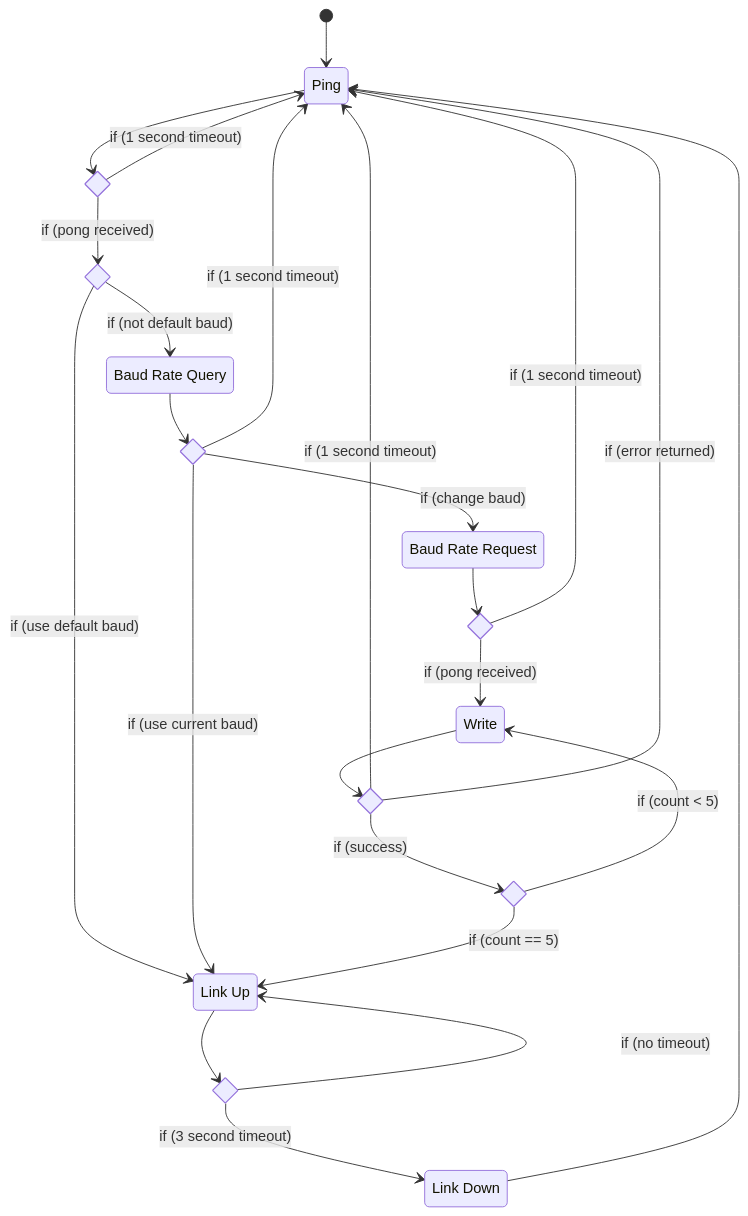
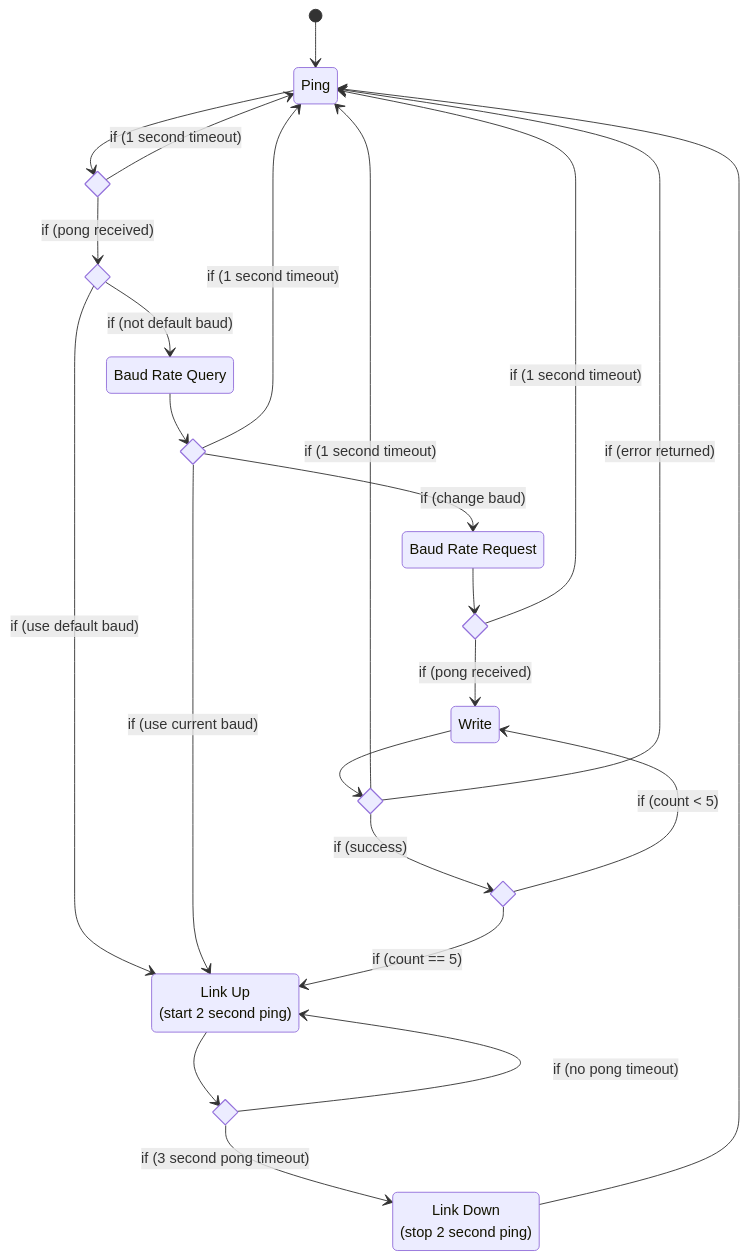
Before and after one commit to bakerstu/openmrn: the fourth of 7 diagrams in src/traction_modem/README.md, drawn with Mermaid. The commit also changed other lines of this file, not shown here.

````diff
--- a/src/traction_modem/README.md
+++ b/src/traction_modem/README.md
@@ -56,56 +56,56 @@
 ```mermaid
 stateDiagram
     direction TB
 
     Ping: Ping
     BaudRateQuery: Baud Rate Query
     PingBaudRateChange: Baud Rate Request
     Write: Write
-    LinkUp: Link Up
-    LinkDown: Link Down
+    LinkUp: Link Up<br>(start 2 second ping)
+    LinkDown: Link Down<br>(stop 2 second ping)
 
     state PongState <<choice>>
     state DefaultBaudState <<choice>>
     state BaudRateQueryResponseState <<choice>>
     state PongBaudRateChangeState <<choice>>
     state WriteResponseState <<choice>>
     state WriteResponseRepeatState <<choice>>
     state LinkTimeoutState <<choice>>
 
     [*]                        --> Ping
 
     Ping                       --> PongState
 
     PongState                  --> Ping: if (1 second timeout)
     PongState                  --> DefaultBaudState: if (pong received)
 
     DefaultBaudState           --> LinkUp: if (use default baud)
     DefaultBaudState           --> BaudRateQuery: if (not default baud)
 
     BaudRateQuery              --> BaudRateQueryResponseState
 
     BaudRateQueryResponseState --> Ping: if (1 second timeout)
     BaudRateQueryResponseState --> LinkUp: if (use current baud)
     BaudRateQueryResponseState --> PingBaudRateChange: if (change baud)
 
     PingBaudRateChange         --> PongBaudRateChangeState
 
     PongBaudRateChangeState    --> Ping: if (1 second timeout)
     PongBaudRateChangeState    --> Write: if (pong received)
 
     Write                      --> WriteResponseState
 
     WriteResponseState         --> Ping: if (1 second timeout)
     WriteResponseState         --> Ping: if (error returned)
     WriteResponseState         --> WriteResponseRepeatState: if (success)
 
     WriteResponseRepeatState   --> Write: if (count < 5)
     WriteResponseRepeatState   --> LinkUp: if (count == 5)
 
     LinkUp                     --> LinkTimeoutState
 
-    LinkTimeoutState           --> LinkDown: if (3 second timeout)
-    LinkTimeoutState           --> LinkUp: if (no timeout)
+    LinkTimeoutState           --> LinkDown: if (3 second pong timeout)
+    LinkTimeoutState           --> LinkUp: if (no pong timeout)
 
     LinkDown                   --> Ping
 ```
````
